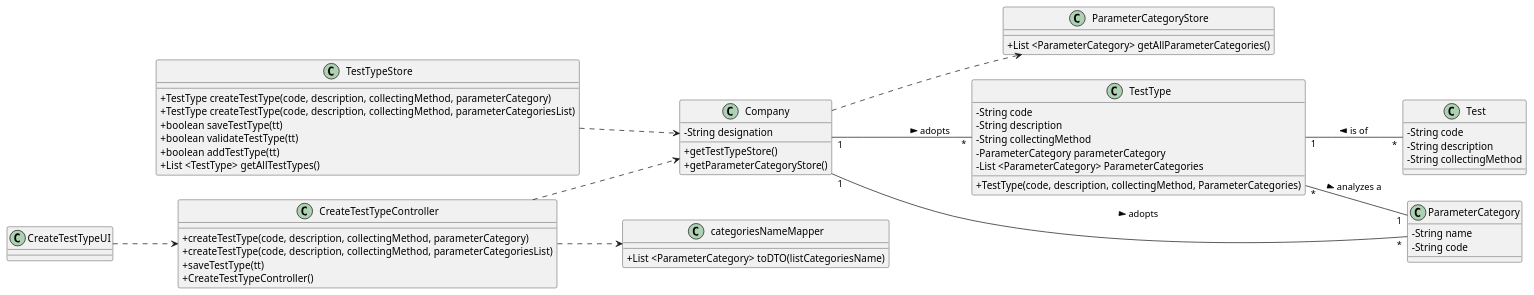
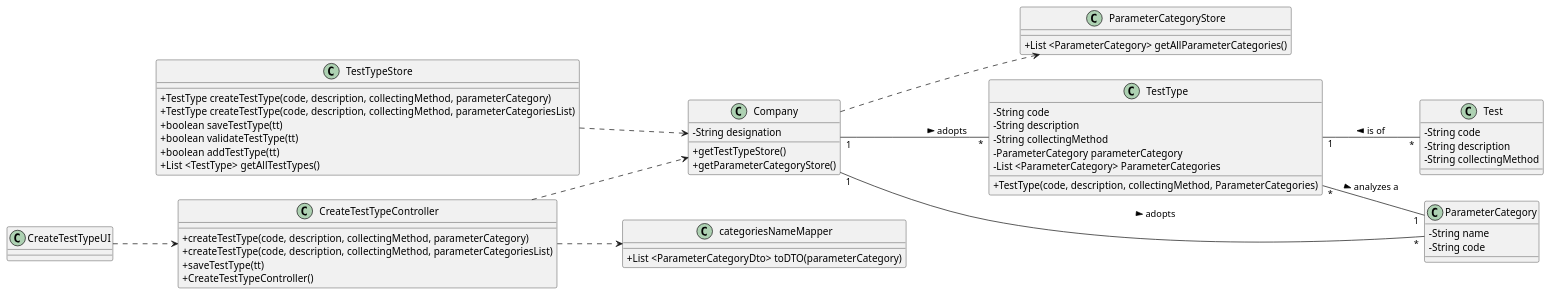
One commit to 0franciscor/lei-21-s2-1de-g19 changed the diagram in docs/SprintB/US09/US09-CD.puml. Above: the diagram before and after it, drawn with PlantUML. The commit also changed 3 other files, not shown here.

```diff
--- a/docs/SprintB/US09/US09-CD.puml
+++ b/docs/SprintB/US09/US09-CD.puml
@@ -1,76 +1,76 @@
 @startuml
 skinparam classAttributeIconSize 0
 left to right direction
 
 class "Company" as C {
 -String designation
 +getTestTypeStore()
 +getParameterCategoryStore()
 }
 
 class "categoriesNameMapper" as cNM {
-+List <ParameterCategory> toDTO(listCategoriesName)
++List <ParameterCategoryDto> toDTO(parameterCategory)
 }
 
 class "TestTypeStore" as TTS{
 +TestType createTestType(code, description, collectingMethod, parameterCategory)
 +TestType createTestType(code, description, collectingMethod, parameterCategoriesList)
 +boolean saveTestType(tt)
 +boolean validateTestType(tt)
 +boolean addTestType(tt)
 +List <TestType> getAllTestTypes()
 }
 
 class "ParameterCategoryStore" as PCS{
 +List <ParameterCategory> getAllParameterCategories()
 }
 
 class "TestType" as TT {
 -String code
 -String description
 -String collectingMethod
 -ParameterCategory parameterCategory
 -List <ParameterCategory> ParameterCategories
 +TestType(code, description, collectingMethod, ParameterCategories)
 }
 
 class "CreateTestTypeController" as CTTC {
 +createTestType(code, description, collectingMethod, parameterCategory)
 +createTestType(code, description, collectingMethod, parameterCategoriesList)
 +saveTestType(tt)
 +CreateTestTypeController()
 }
 
 class "Test" as T{
 -String code
 -String description
 -String collectingMethod
 }
 
 class "ParameterCategory" as PC{
 -String name
 -String code
 }
 
 class "CreateTestTypeUI" as CTTUI
 class "TestType" as TT
 class "CreateTestTypeController" as CTTC
 
 CTTUI ..> CTTC
 
 C ..> PCS
 
 TTS ..> C
 
 
 CTTC ..> C
 CTTC ..> cNM
 
 
 TT "1" -- "*" T: < is of
 TT "*" -- "1" PC : > analyzes a
 
 C "1" -- "*" TT : > adopts
 C "1" -- "*" PC : > adopts
 
 @enduml
```
